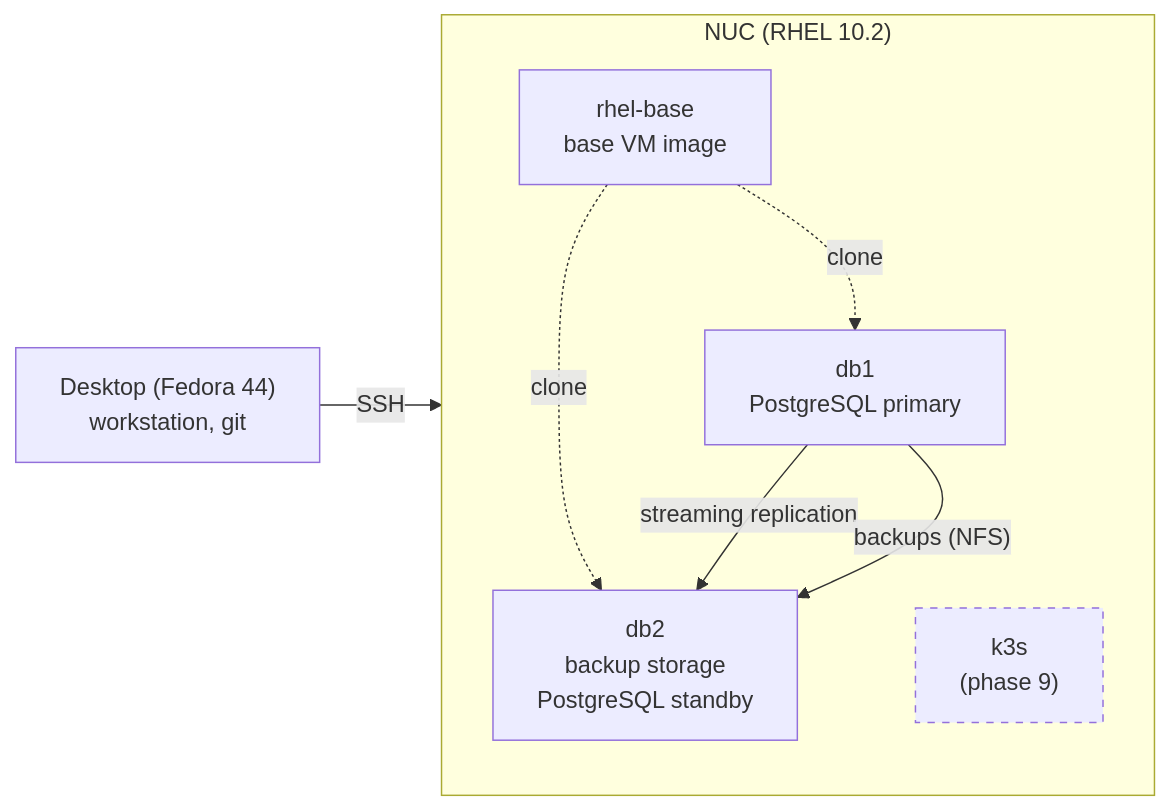
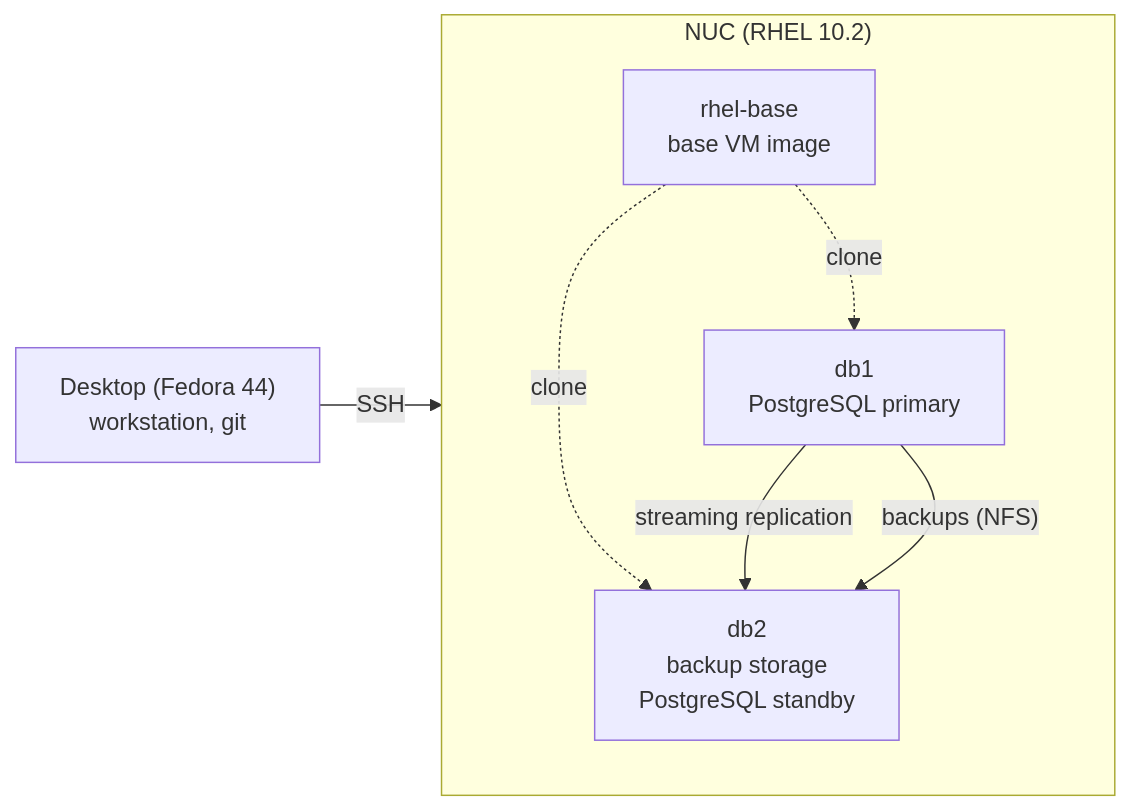
The diagram in README.md (marin-orejas/rhel-data-platform), drawn with Mermaid before and after one commit. The commit also changed other lines of this file and 2 other files, not shown here.

Commit message:
docs(roadmap): plan Ansible and RHCE in Enterprise Linux

````diff
--- a/README.md
+++ b/README.md
@@ -22,17 +21,14 @@
 ```mermaid
 flowchart LR
     desk["Desktop (Fedora 44)<br/>workstation, git"]
     subgraph nuc["NUC (RHEL 10.2)"]
         base["rhel-base<br/>base VM image"]
         db1["db1<br/>PostgreSQL primary"]
         db2["db2<br/>backup storage<br/>PostgreSQL standby"]
-        k3s["k3s<br/>(phase 9)"]
         base -. clone .-> db1
         base -. clone .-> db2
         db1 -- "streaming replication" --> db2
         db1 -- "backups (NFS)" --> db2
     end
     desk -- SSH --> nuc
-    classDef planned stroke-dasharray: 5 5
-    class k3s planned
 ```
````
